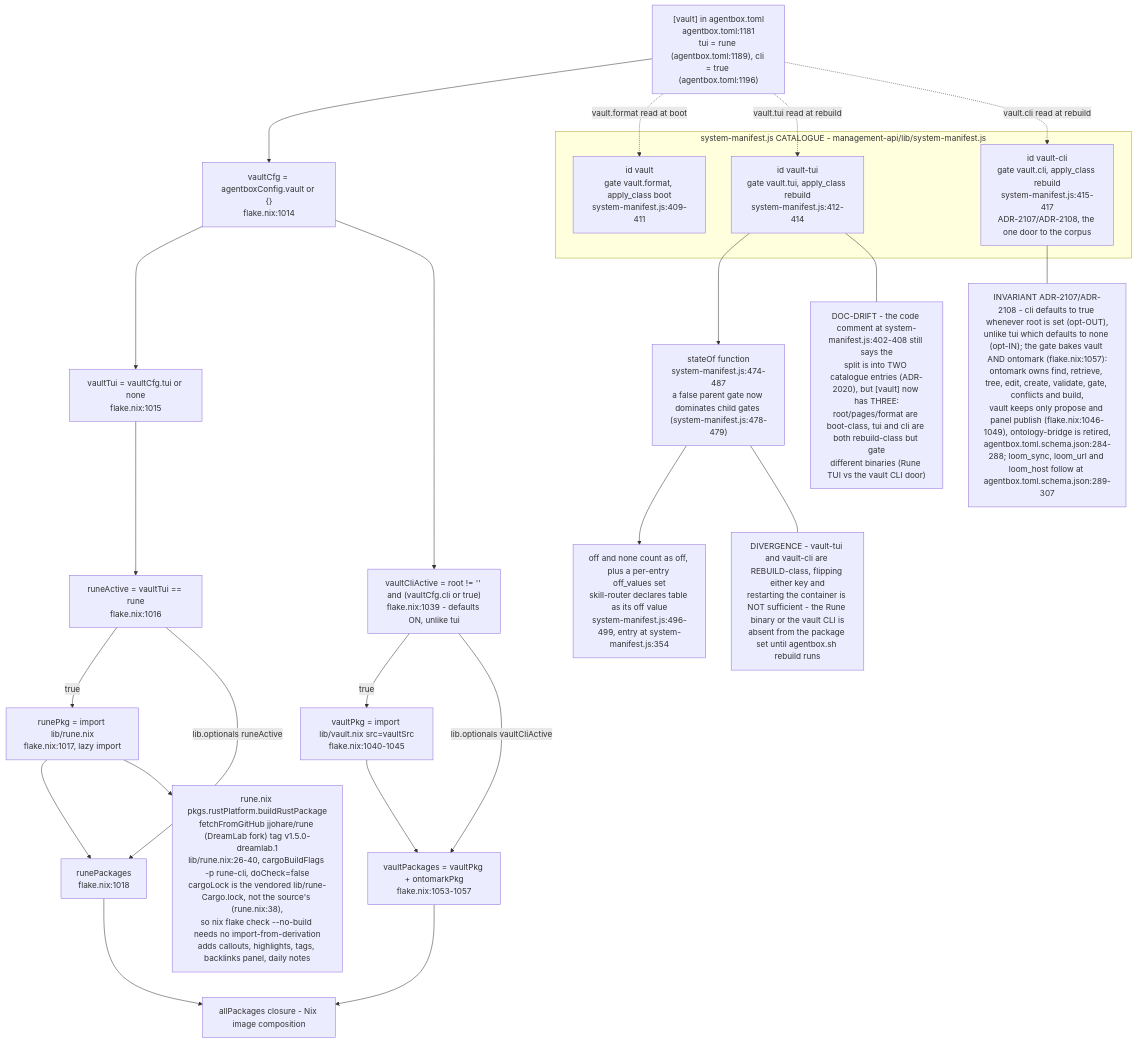
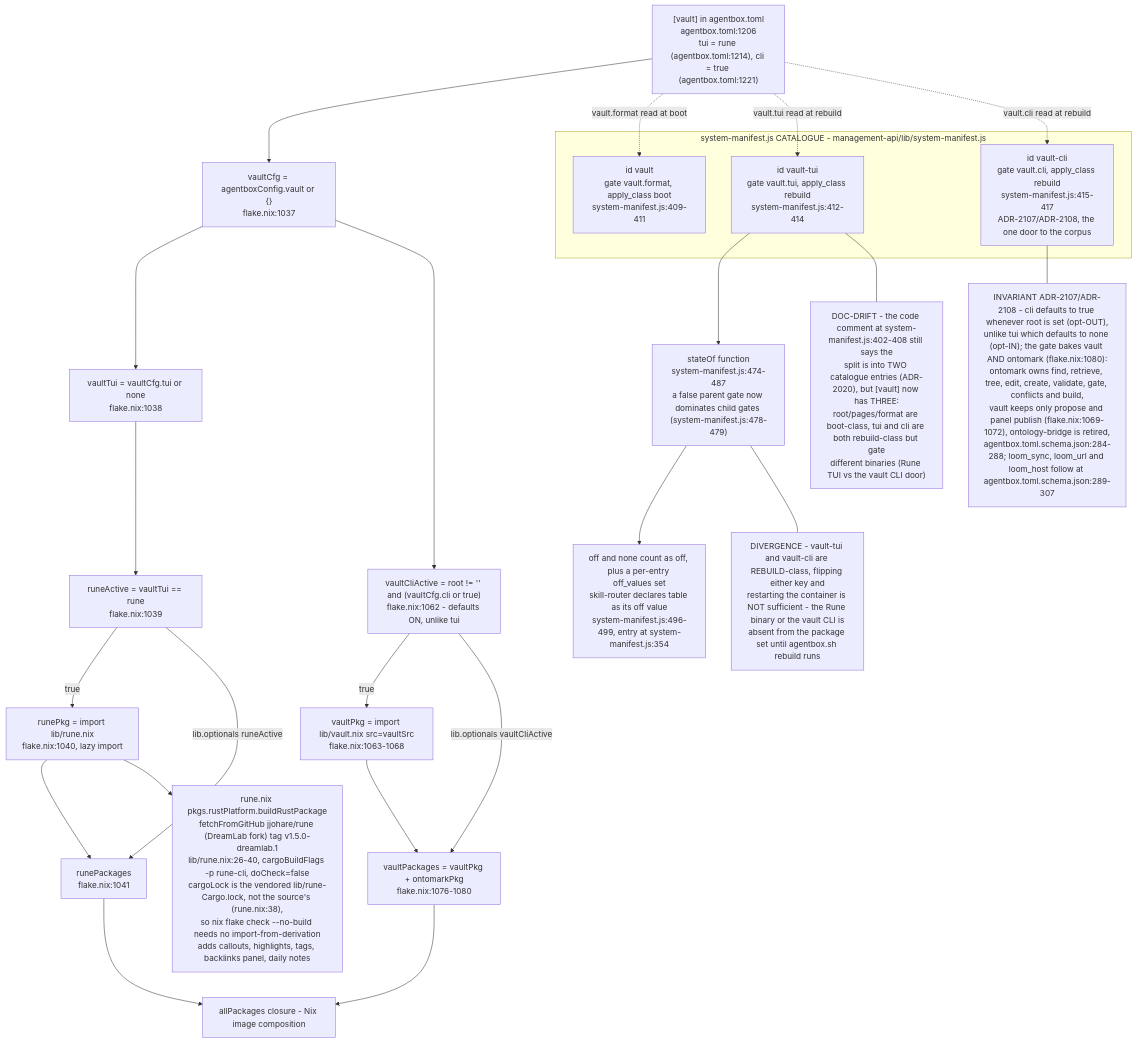
Before and after one commit to DreamLab-AI/VisionFlow: the ninth of 10 diagrams in docs/diagrams/agentbox/01-nix-flake-composition.md, drawn with Mermaid. The commit also changed other lines of this file, not shown here.

First line of the commit message:
diagrams(agentbox): re-verify AB-01 at agentbox 59b1aca

````diff
--- a/docs/diagrams/agentbox/01-nix-flake-composition.md
+++ b/docs/diagrams/agentbox/01-nix-flake-composition.md
@@ -433,44 +433,44 @@
 ```mermaid
 flowchart TB
-    TOMLVAULT["[vault] in agentbox.toml<br/>agentbox.toml:1181<br/>tui = rune (agentbox.toml:1189), cli = true (agentbox.toml:1196)"] --> VAULTCFG["vaultCfg = agentboxConfig.vault or {}<br/>flake.nix:1014"]
+    TOMLVAULT["[vault] in agentbox.toml<br/>agentbox.toml:1206<br/>tui = rune (agentbox.toml:1214), cli = true (agentbox.toml:1221)"] --> VAULTCFG["vaultCfg = agentboxConfig.vault or {}<br/>flake.nix:1037"]
 
-    VAULTCFG --> TUIVAL["vaultTui = vaultCfg.tui or none<br/>flake.nix:1015"]
-    TUIVAL --> RUNEACTIVE["runeActive = vaultTui == rune<br/>flake.nix:1016"]
-    RUNEACTIVE -->|"true"| RUNEPKGIMPORT["runePkg = import lib/rune.nix<br/>flake.nix:1017, lazy import"]
-    RUNEACTIVE -->|"lib.optionals runeActive"| RUNEPACKAGES["runePackages<br/>flake.nix:1018"]
+    VAULTCFG --> TUIVAL["vaultTui = vaultCfg.tui or none<br/>flake.nix:1038"]
+    TUIVAL --> RUNEACTIVE["runeActive = vaultTui == rune<br/>flake.nix:1039"]
+    RUNEACTIVE -->|"true"| RUNEPKGIMPORT["runePkg = import lib/rune.nix<br/>flake.nix:1040, lazy import"]
+    RUNEACTIVE -->|"lib.optionals runeActive"| RUNEPACKAGES["runePackages<br/>flake.nix:1041"]
     RUNEPKGIMPORT --> RUNEPACKAGES
 
-    VAULTCFG --> CLIVAL["vaultCliActive = root != '' and (vaultCfg.cli or true)<br/>flake.nix:1039 - defaults ON, unlike tui"]
-    CLIVAL -->|"true"| VAULTPKGIMPORT["vaultPkg = import lib/vault.nix src=vaultSrc<br/>flake.nix:1040-1045"]
-    CLIVAL -->|"lib.optionals vaultCliActive"| VAULTPACKAGES["vaultPackages = vaultPkg + ontomarkPkg<br/>flake.nix:1053-1057"]
+    VAULTCFG --> CLIVAL["vaultCliActive = root != '' and (vaultCfg.cli or true)<br/>flake.nix:1062 - defaults ON, unlike tui"]
+    CLIVAL -->|"true"| VAULTPKGIMPORT["vaultPkg = import lib/vault.nix src=vaultSrc<br/>flake.nix:1063-1068"]
+    CLIVAL -->|"lib.optionals vaultCliActive"| VAULTPACKAGES["vaultPackages = vaultPkg + ontomarkPkg<br/>flake.nix:1076-1080"]
     VAULTPKGIMPORT --> VAULTPACKAGES
 
     RUNEPACKAGES --> ALLPKG["allPackages closure - Nix image composition"]
     VAULTPACKAGES --> ALLPKG
 
     RUNEBUILD["rune.nix pkgs.rustPlatform.buildRustPackage<br/>fetchFromGitHub jjohare/rune (DreamLab fork) tag v1.5.0-dreamlab.1<br/>lib/rune.nix:26-40, cargoBuildFlags -p rune-cli, doCheck=false<br/>cargoLock is the vendored lib/rune-Cargo.lock, not the source's (rune.nix:38),<br/>so nix flake check --no-build needs no import-from-derivation<br/>adds callouts, highlights, tags, backlinks panel, daily notes"]
     RUNEPKGIMPORT --> RUNEBUILD
 
     subgraph MANIFEST["system-manifest.js CATALOGUE - management-api/lib/system-manifest.js"]
         VAULTENTRY["id vault<br/>gate vault.format, apply_class boot<br/>system-manifest.js:409-411"]
         VAULTTUIENTRY["id vault-tui<br/>gate vault.tui, apply_class rebuild<br/>system-manifest.js:412-414"]
         VAULTCLIENTRY["id vault-cli<br/>gate vault.cli, apply_class rebuild<br/>system-manifest.js:415-417<br/>ADR-2107/ADR-2108, the one door to the corpus"]
     end
 
     TOMLVAULT -.->|"vault.format read at boot"| VAULTENTRY
     TOMLVAULT -.->|"vault.tui read at rebuild"| VAULTTUIENTRY
     TOMLVAULT -.->|"vault.cli read at rebuild"| VAULTCLIENTRY
 
     STATEOF["stateOf function<br/>system-manifest.js:474-487<br/>a false parent gate now dominates child gates (system-manifest.js:478-479)"]
     VAULTTUIENTRY --> STATEOF
     STATEOF --> MODESTRING["off and none count as off, plus a per-entry off_values set<br/>skill-router declares table as its off value<br/>system-manifest.js:496-499, entry at system-manifest.js:354"]
 
     NOTE1["DOC-DRIFT - the code comment at system-manifest.js:402-408 still says the<br/>split is into TWO catalogue entries (ADR-2020), but [vault] now has THREE:<br/>root/pages/format are boot-class, tui and cli are both rebuild-class but gate<br/>different binaries (Rune TUI vs the vault CLI door)"]
     VAULTTUIENTRY --- NOTE1
 
     NOTE2["DIVERGENCE - vault-tui and vault-cli are REBUILD-class, flipping either key and<br/>restarting the container is NOT sufficient - the Rune binary or the vault CLI is<br/>absent from the package set until agentbox.sh rebuild runs"]
     STATEOF --- NOTE2
 
-    NOTE3["INVARIANT ADR-2107/ADR-2108 - cli defaults to true whenever root is set (opt-OUT),<br/>unlike tui which defaults to none (opt-IN); the gate bakes vault AND ontomark (flake.nix:1057):<br/>ontomark owns find, retrieve, tree, edit, create, validate, gate, conflicts and build,<br/>vault keeps only propose and panel publish (flake.nix:1046-1049), ontology-bridge is retired,<br/>agentbox.toml.schema.json:284-288; loom_sync, loom_url and loom_host follow at agentbox.toml.schema.json:289-307"]
+    NOTE3["INVARIANT ADR-2107/ADR-2108 - cli defaults to true whenever root is set (opt-OUT),<br/>unlike tui which defaults to none (opt-IN); the gate bakes vault AND ontomark (flake.nix:1080):<br/>ontomark owns find, retrieve, tree, edit, create, validate, gate, conflicts and build,<br/>vault keeps only propose and panel publish (flake.nix:1069-1072), ontology-bridge is retired,<br/>agentbox.toml.schema.json:284-288; loom_sync, loom_url and loom_host follow at agentbox.toml.schema.json:289-307"]
     VAULTCLIENTRY --- NOTE3
 ```
````
